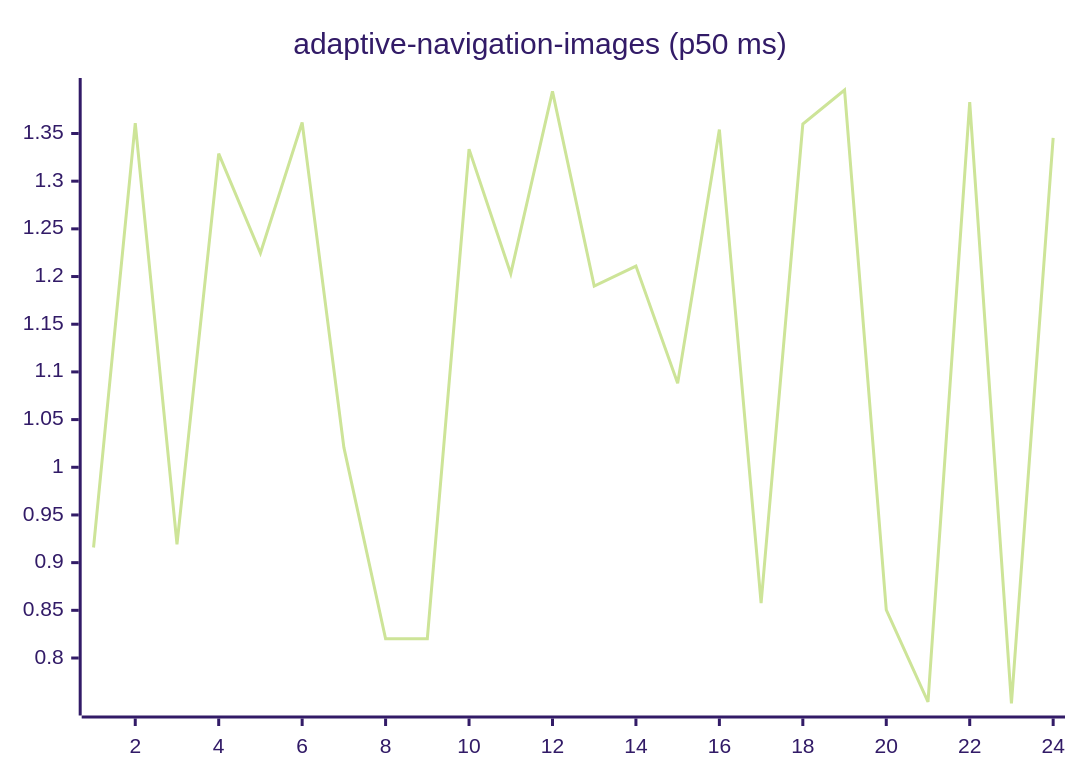
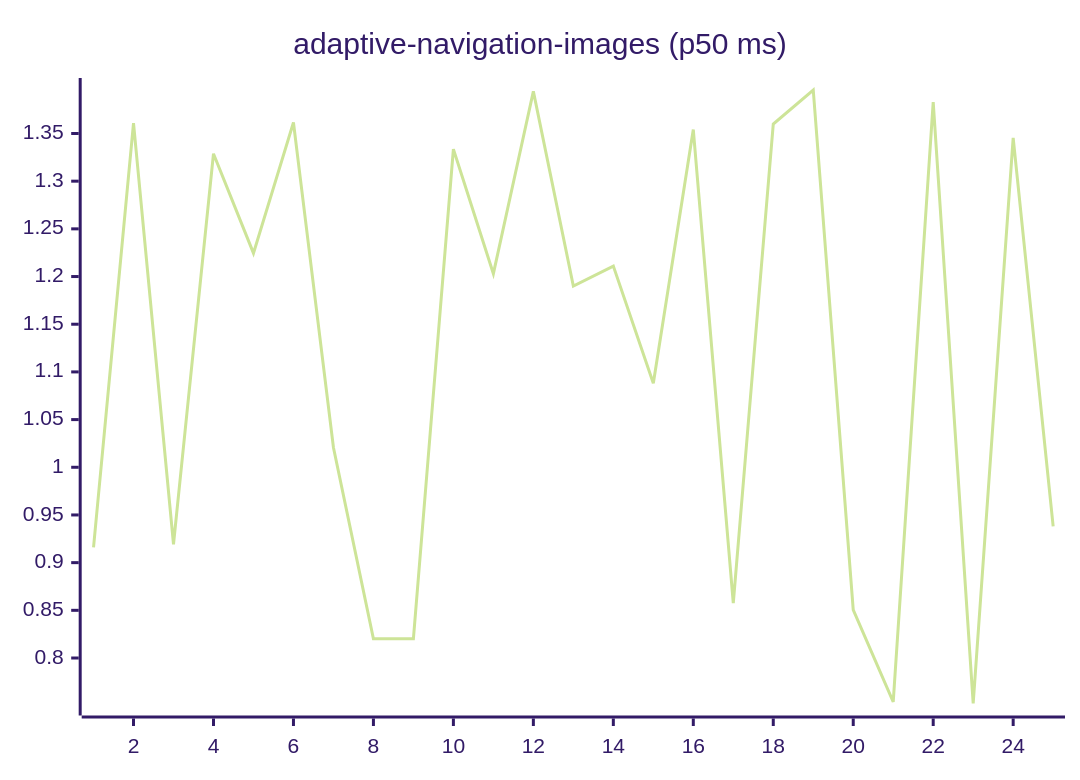
One commit to josha/Facet changed the first of 27 diagrams in README.md. Above: the diagram before and after it, drawn with Mermaid (forest theme). The commit also changed other lines of this file and 2 other files, not shown here.

````diff
--- a/README.md
+++ b/README.md
@@ -63,6 +63,6 @@
 ```mermaid
 xychart-beta
     title "adaptive-navigation-images (p50 ms)"
-    x-axis 1 --> 24
-    line [0.9159, 1.3609, 0.9193, 1.3288, 1.2245, 1.3615, 1.0208, 0.8202, 0.8203, 1.3336, 1.2030, 1.3942, 1.1900, 1.2110, 1.0882, 1.3541, 0.8576, 1.3599, 1.3956, 0.8504, 0.7540, 1.3829, 0.7523, 1.3455]
+    x-axis 1 --> 25
+    line [0.9159, 1.3609, 0.9193, 1.3288, 1.2245, 1.3615, 1.0208, 0.8202, 0.8203, 1.3336, 1.2030, 1.3942, 1.1900, 1.2110, 1.0882, 1.3541, 0.8576, 1.3599, 1.3956, 0.8504, 0.7540, 1.3829, 0.7523, 1.3455, 0.9380]
 ```
````
